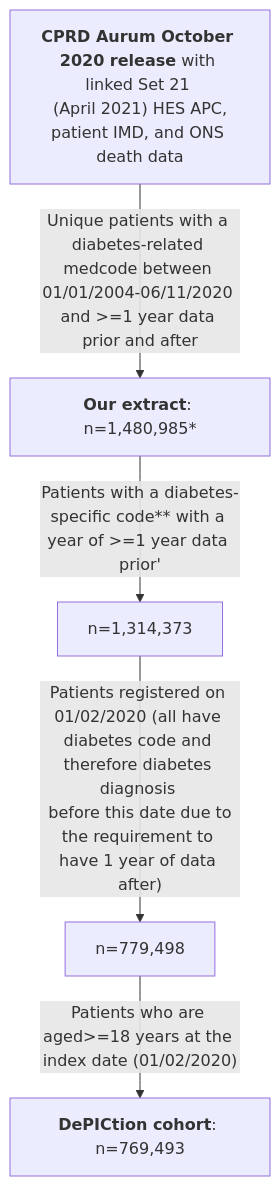
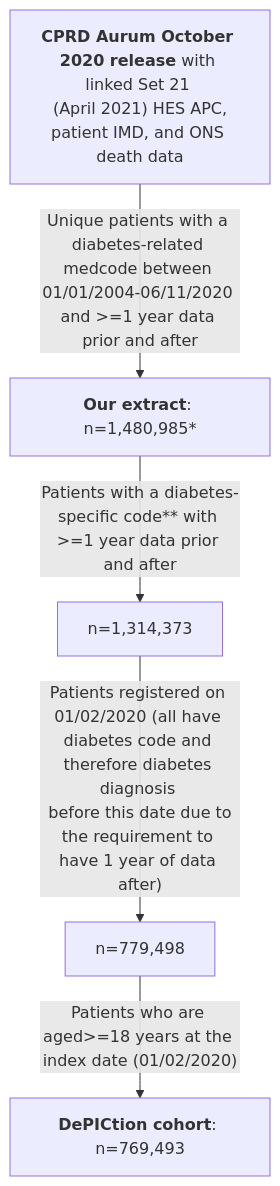
Before and after one commit to Exeter-Diabetes/CPRD-Katie-DePICtion-Scripts: the first of 2 diagrams in README.md, drawn with Mermaid.

````diff
--- a/README.md
+++ b/README.md
@@ -9,7 +9,7 @@
 ```mermaid
 graph TD;
     A["<b>CPRD Aurum October 2020 release</b> with linked Set 21 <br> (April 2021) HES APC, patient IMD, and ONS death data"] --> |"Unique patients with a diabetes-related medcode between 01/01/2004-06/11/2020 and >=1 year data prior and after"| B["<b>Our extract</b>: n=1,480,985*"]
-    B -->|"Patients with a diabetes-specific code** with a year of >=1 year data prior'"|C["n=1,314,373"]
+    B -->|"Patients with a diabetes-specific code** with >=1 year data prior and after"|C["n=1,314,373"]
     C -->|"Patients registered on 01/02/2020 (all have diabetes code and therefore diabetes diagnosis <br> before this date due to the requirement to have 1 year of data after)"|D["n=779,498"]
     D -->|"Patients who are aged>=18 years at the index date (01/02/2020)"|E["<b>DePICtion cohort</b>: n=769,493"]
 ```
````
